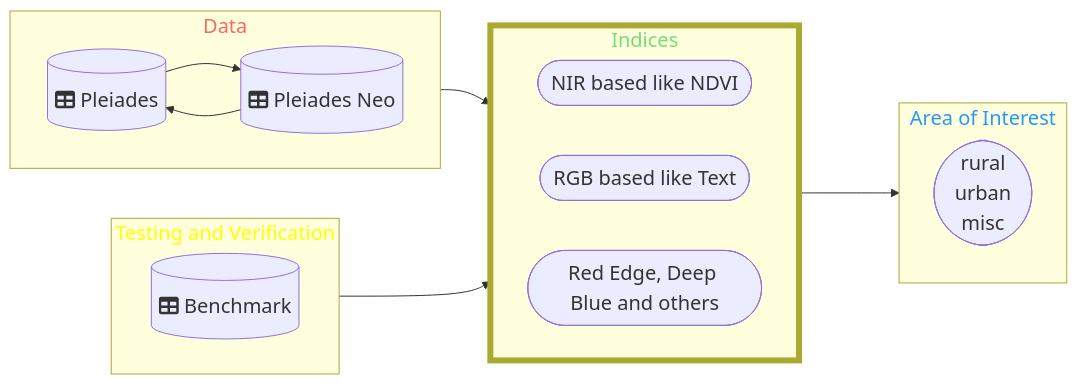
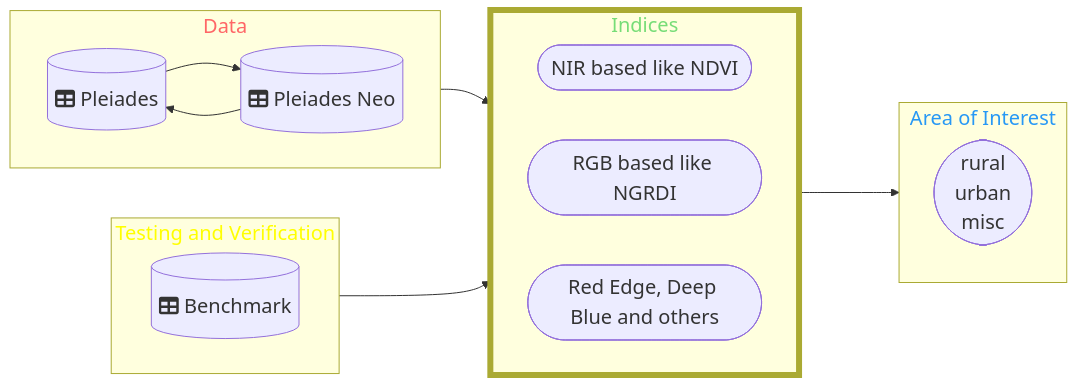
The diagram in Area-Features/README.md (DippoldEJ/Feature-Detection-and-Explanation), drawn with Mermaid before and after one commit.

````diff
--- a/Area-Features/README.md
+++ b/Area-Features/README.md
@@ -14,45 +14,45 @@
 ```mermaid
 flowchart LR;
 %%{init: {
 	'themeVariables': { 'fontSize': '20px', 'fontFamily': 'Didot'}
 	}
 }%%
 
  subgraph n[Data]
         direction LR
         h[(fa:fa-table Pleiades)]
         b[(fa:fa-table Pleiades Neo)]
     end
 
  subgraph q[Testing and Verification]
         direction LR
         r[(fa:fa-table Benchmark)]
     end
 
  subgraph o[Indices]
         direction LR
         j([NIR based like NDVI])
-        c([RGB based like Text])
+        c([RGB based like NGRDI])
         m([Red Edge, Deep Blue and others])
     end
 
 subgraph p[Area of Interest]
     a([rural <br /> urban  <br />  misc])
     end
 
 style n color:#f66
 style o stroke-width:6px
 style o color:#77DD77
 
 style p color:#2798F5
 style q color:#FFFF00
 
 n-->o
 o-->p
 q-->o
 
 
 h-->b
 b-->h
 
 ```
````
